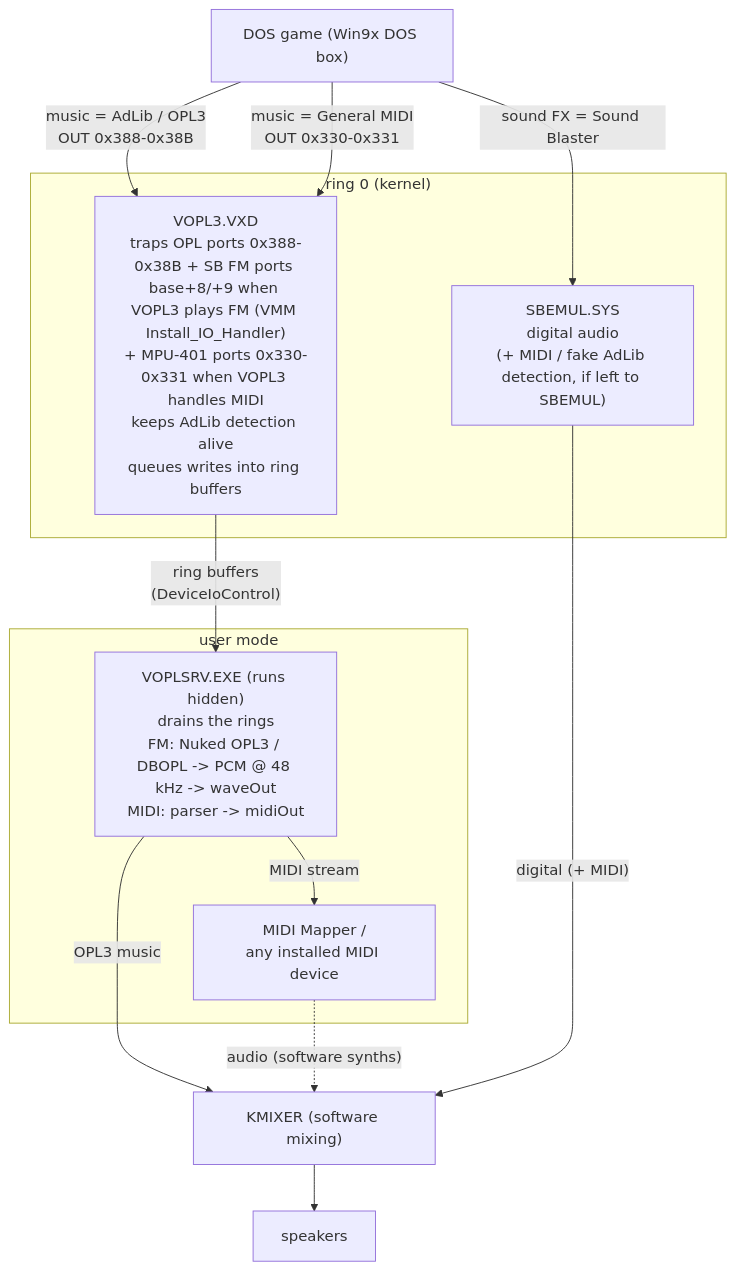
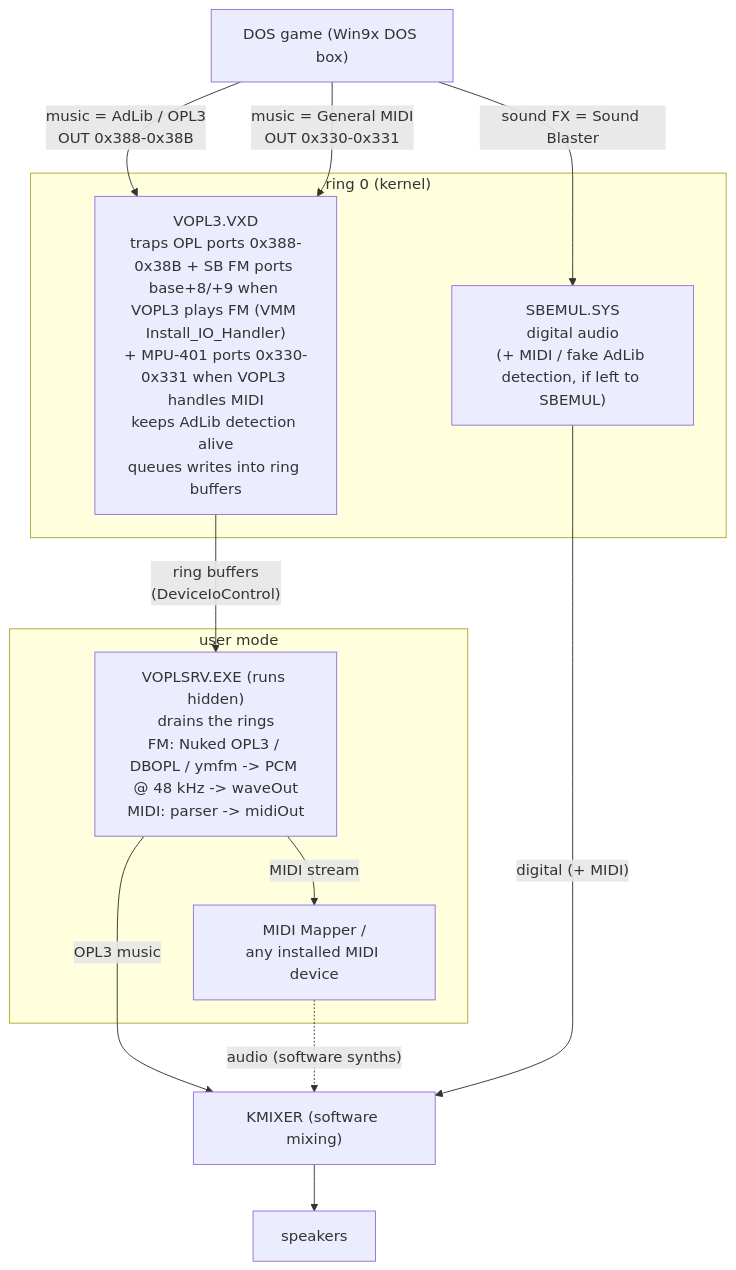
Before and after one commit to sdz-mods/VOPL3: the diagram in README.md, drawn with Mermaid. The commit also changed other lines of this file and 20 other files, not shown here.

Commit message:
renderer, installer: add a fourth renderer backend, ymfm (VOPLYM.EXE, BSD 3-clause)

````diff
--- a/README.md
+++ b/README.md
@@ -49,24 +49,24 @@
 ```mermaid
 flowchart TD
     G["DOS game (Win9x DOS box)"]
 
     subgraph k["ring 0 (kernel)"]
         VXD["VOPL3.VXD<br/>traps OPL ports 0x388-0x38B + SB FM ports base+8/+9 when VOPL3 plays FM (VMM Install_IO_Handler)<br/>+ MPU-401 ports 0x330-0x331 when VOPL3 handles MIDI<br/>keeps AdLib detection alive<br/>queues writes into ring buffers"]
         SB["SBEMUL.SYS<br/>digital audio<br/>(+ MIDI / fake AdLib detection, if left to SBEMUL)"]
     end
 
     subgraph u["user mode"]
-        SRV["VOPLSRV.EXE (runs hidden)<br/>drains the rings<br/>FM: Nuked OPL3 / DBOPL -> PCM @ 48 kHz -> waveOut<br/>MIDI: parser -> midiOut"]
+        SRV["VOPLSRV.EXE (runs hidden)<br/>drains the rings<br/>FM: Nuked OPL3 / DBOPL / ymfm -> PCM @ 48 kHz -> waveOut<br/>MIDI: parser -> midiOut"]
         SYN["MIDI Mapper /<br/>any installed MIDI device"]
     end
 
     G -- "music = AdLib / OPL3<br/>OUT 0x388-0x38B" --> VXD
     G -- "music = General MIDI<br/>OUT 0x330-0x331" --> VXD
     G -- "sound FX = Sound Blaster" --> SB
     VXD -- "ring buffers<br/>(DeviceIoControl)" --> SRV
     SRV -- "OPL3 music" --> KMIX["KMIXER (software mixing)"]
     SRV -- "MIDI stream" --> SYN
     SYN -. "audio (software synths)" .-> KMIX
     SB -- "digital (+ MIDI)" --> KMIX
     KMIX --> SPK["speakers"]
 ```
````
